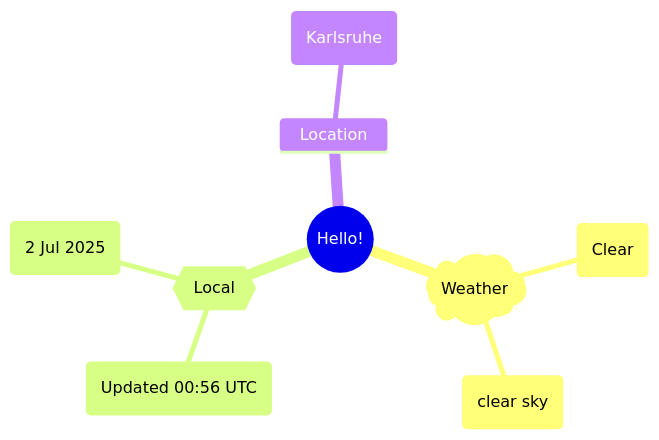
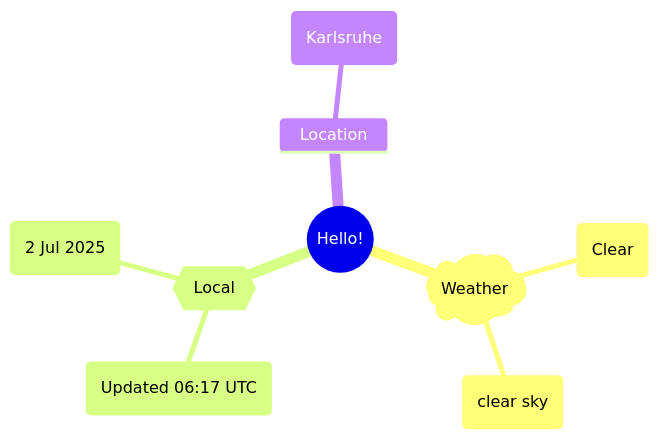
Before and after one commit to Xosrov/Xosrov: the first of 2 diagrams in README.md, drawn with Mermaid.

Commit message:
[bot] updated images

````diff
--- a/README.md
+++ b/README.md
@@ -3,12 +3,12 @@
 ```mermaid
 mindmap
   root((Hello!))
     )Weather(
         (Clear)
         (clear sky)
     {{Local}}
-        (Updated 00:56 UTC)
+        (Updated 06:17 UTC)
         (2 Jul 2025)
     Location
         (Karlsruhe)
 ```
````
